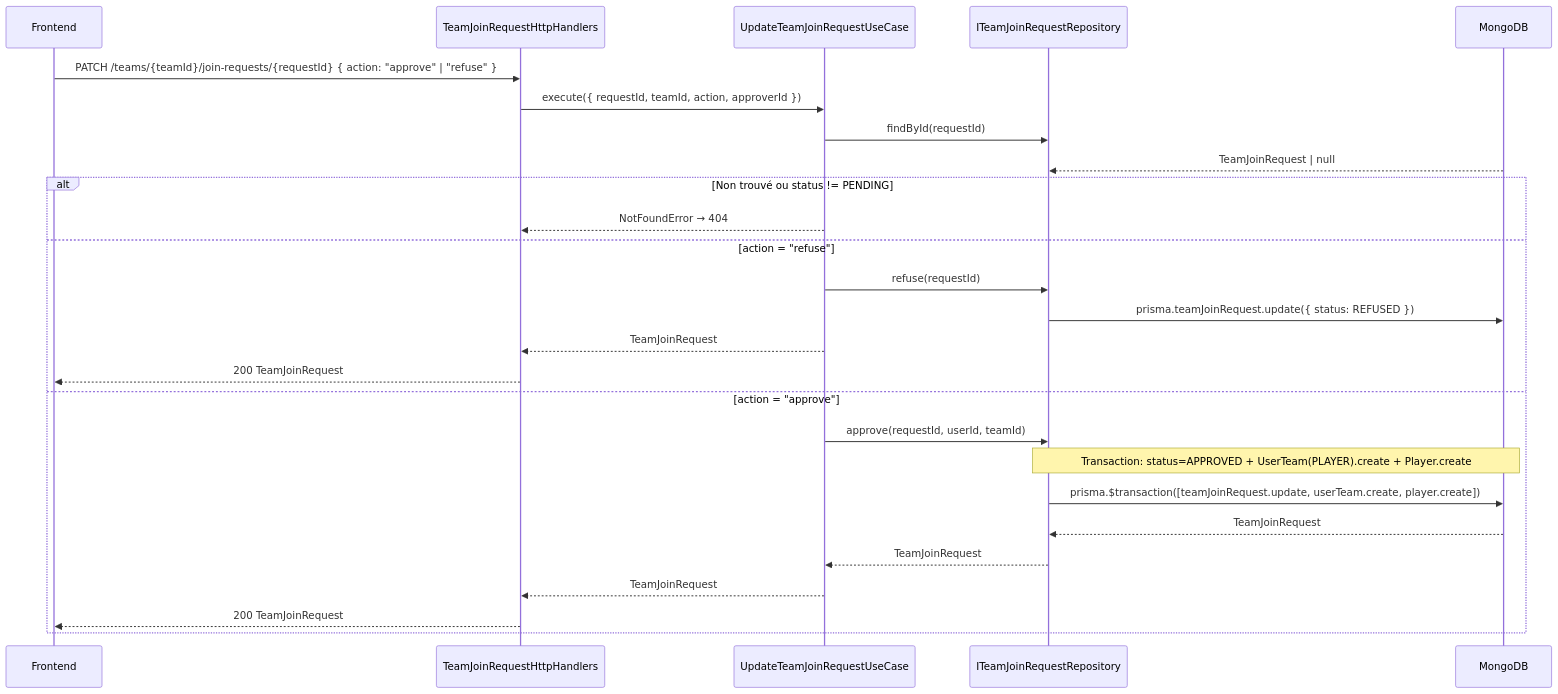
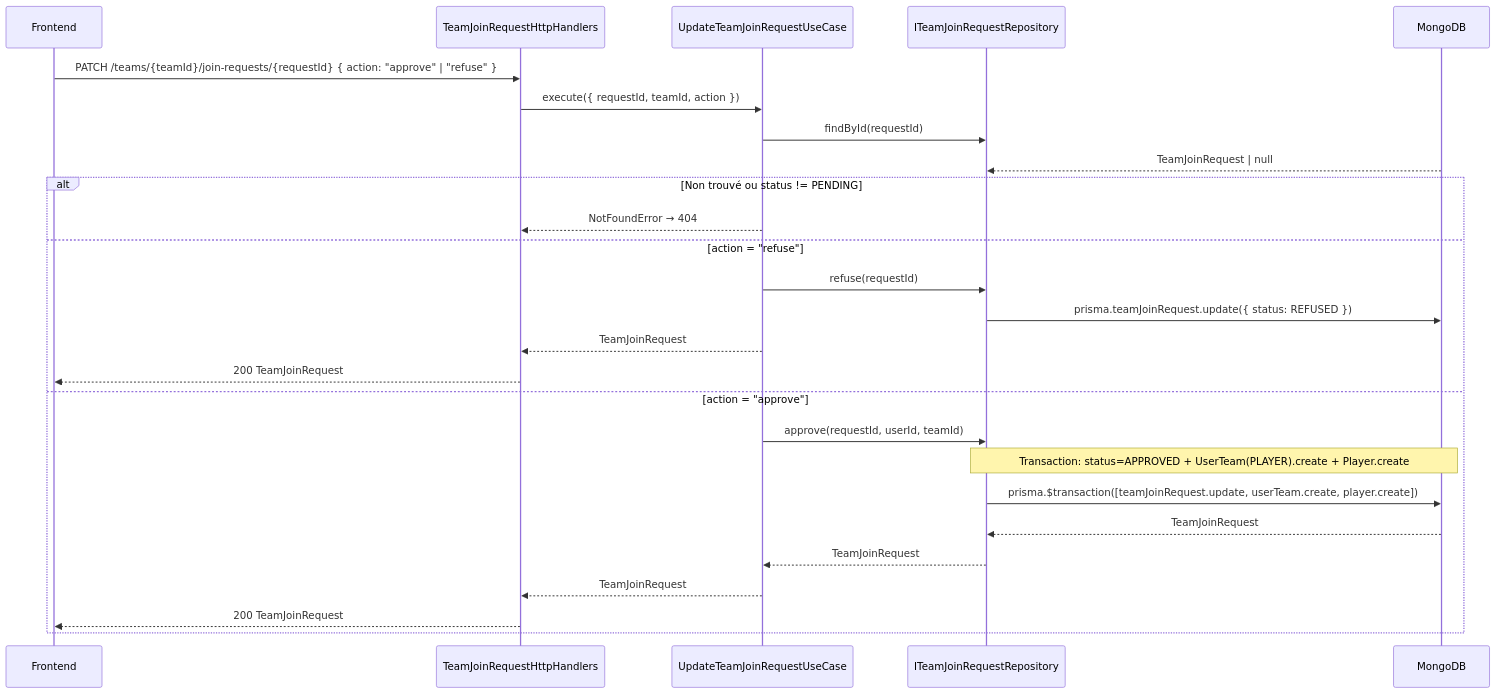
Before and after one commit to ptitdam2001/fullstack-application: the eighth of 9 diagrams in specifications/10-inscription-et-authentification.md, drawn with Mermaid. The commit also changed other lines of this file and 3 other files, not shown here.

First line of the commit message:
refactor(backend): drop unused approverId from updateRequest

````diff
--- a/specifications/10-inscription-et-authentification.md
+++ b/specifications/10-inscription-et-authentification.md
@@ -426,29 +426,29 @@
 ```mermaid
 sequenceDiagram
     participant FE as Frontend
     participant API as TeamJoinRequestHttpHandlers
     participant UC as UpdateTeamJoinRequestUseCase
     participant JRRepo as ITeamJoinRequestRepository
     participant DB as MongoDB
 
     FE->>API: PATCH /teams/{teamId}/join-requests/{requestId} { action: "approve" | "refuse" }
-    API->>UC: execute({ requestId, teamId, action, approverId })
+    API->>UC: execute({ requestId, teamId, action })
     UC->>JRRepo: findById(requestId)
     DB-->>JRRepo: TeamJoinRequest | null
     alt Non trouvé ou status != PENDING
         UC-->>API: NotFoundError → 404
     else action = "refuse"
         UC->>JRRepo: refuse(requestId)
         JRRepo->>DB: prisma.teamJoinRequest.update({ status: REFUSED })
         UC-->>API: TeamJoinRequest
         API-->>FE: 200 TeamJoinRequest
     else action = "approve"
         UC->>JRRepo: approve(requestId, userId, teamId)
         Note over JRRepo,DB: Transaction: status=APPROVED + UserTeam(PLAYER).create + Player.create
         JRRepo->>DB: prisma.$transaction([teamJoinRequest.update, userTeam.create, player.create])
         DB-->>JRRepo: TeamJoinRequest
         JRRepo-->>UC: TeamJoinRequest
         UC-->>API: TeamJoinRequest
         API-->>FE: 200 TeamJoinRequest
     end
 ```
````
